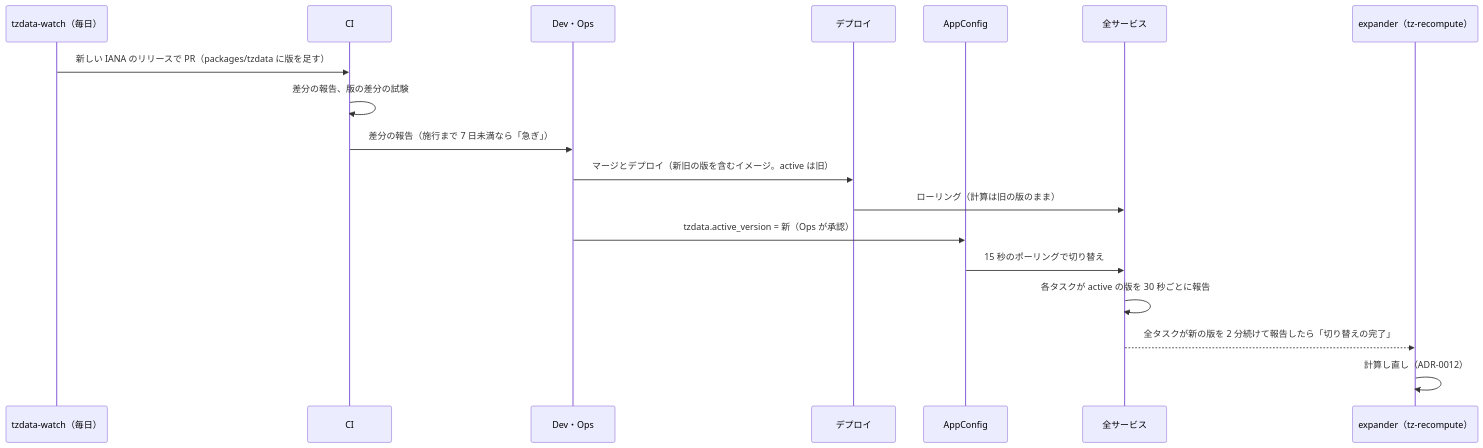
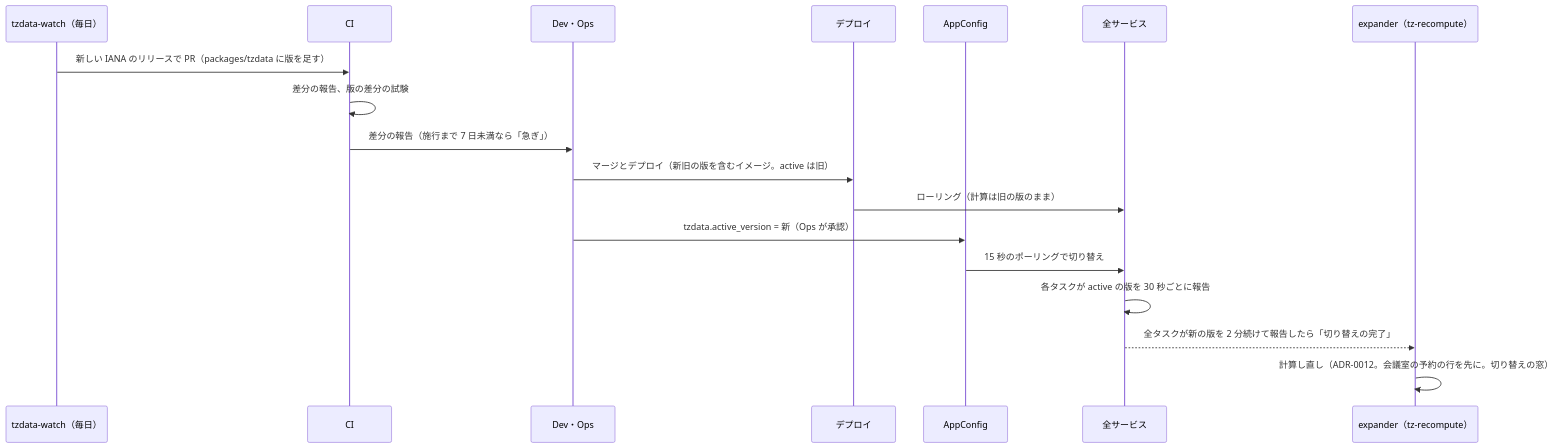
The diagram in systems/google-calendar/docs/decisions/0049-tzdata-rollout-and-schema-change-ordering.md (shoito/rebuilds), drawn with Mermaid before and after one commit. The commit also changed other lines of this file and 56 other files, not shown here.

````diff
--- a/systems/google-calendar/docs/decisions/0049-tzdata-rollout-and-schema-change-ordering.md
+++ b/systems/google-calendar/docs/decisions/0049-tzdata-rollout-and-schema-change-ordering.md
@@ -41,20 +41,20 @@
 ```mermaid
 sequenceDiagram
   participant B as tzdata-watch（毎日）
   participant CI as CI
   participant H as Dev・Ops
   participant D as デプロイ
   participant A as AppConfig
   participant S as 全サービス
   participant E as expander（tz-recompute）
   B->>CI: 新しい IANA のリリースで PR（packages/tzdata に版を足す）
   CI->>CI: 差分の報告、版の差分の試験
   CI->>H: 差分の報告（施行まで 7 日未満なら「急ぎ」）
   H->>D: マージとデプロイ（新旧の版を含むイメージ。active は旧）
   D->>S: ローリング（計算は旧の版のまま）
   H->>A: tzdata.active_version = 新（Ops が承認）
   A->>S: 15 秒のポーリングで切り替え
   S->>S: 各タスクが active の版を 30 秒ごとに報告
   S-->>E: 全タスクが新の版を 2 分続けて報告したら「切り替えの完了」
-  E->>E: 計算し直し（ADR-0012）
+  E->>E: 計算し直し（ADR-0012。会議室の予約の行を先に。切り替えの窓）
 ```
````
